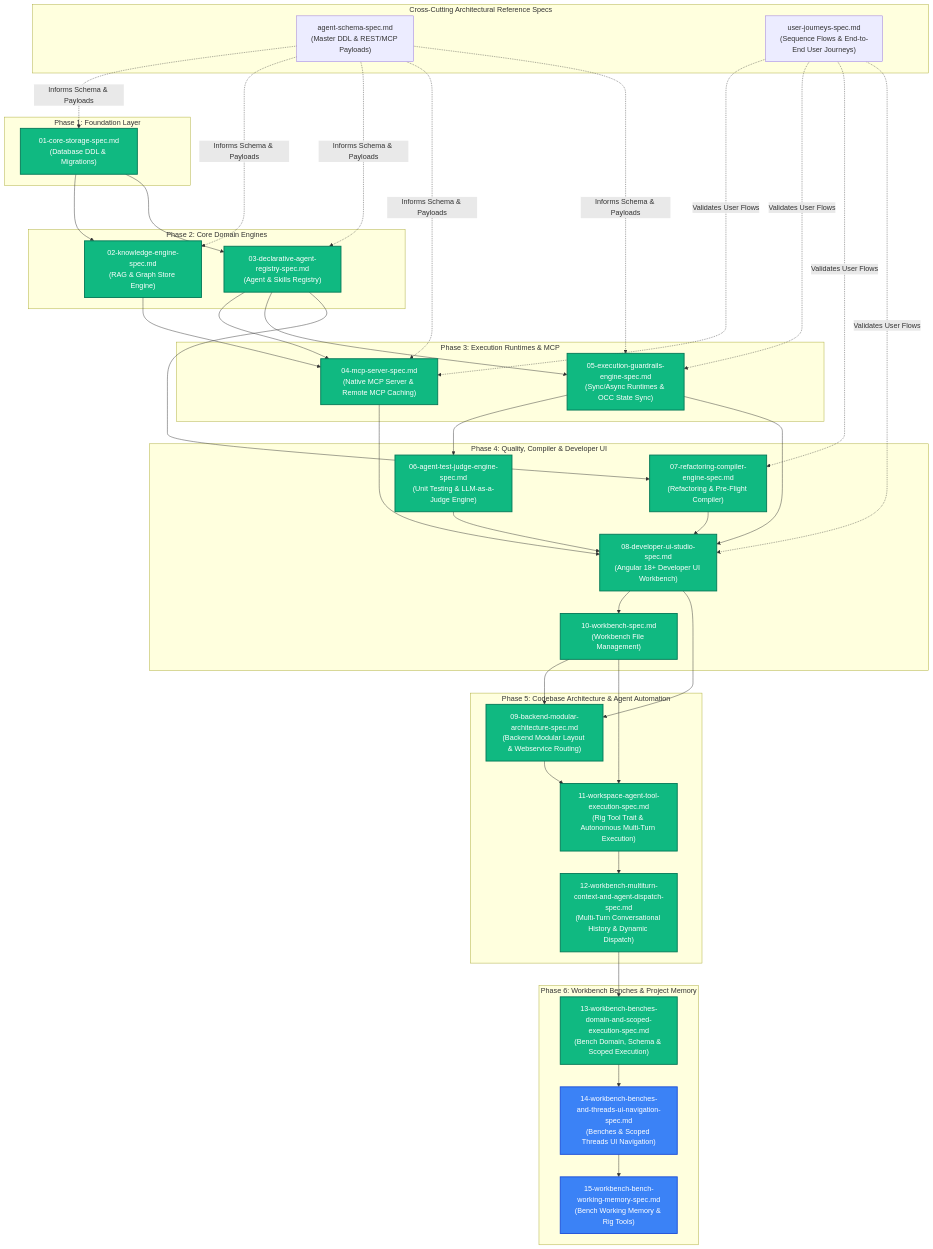
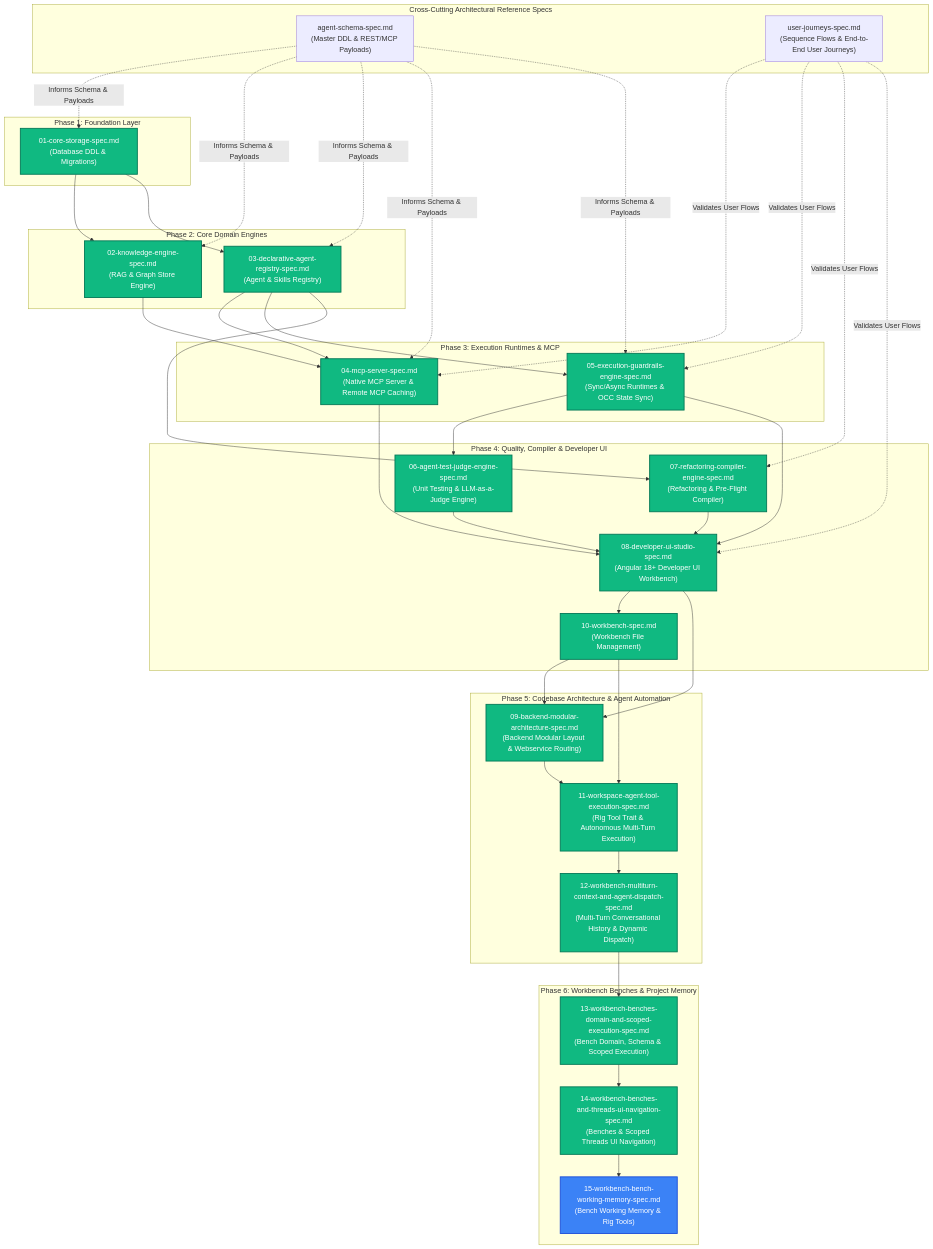
The diagram in spec/specs/README.md (PolecatWorks/agent-as-data), drawn with Mermaid before and after one commit. The commit also changed other lines of this file and 5 other files, not shown here.

Commit message:
feat(spec-14): implement benches and scoped threads UI navigation, inline actions, and breadcrumbs

````diff
--- a/spec/specs/README.md
+++ b/spec/specs/README.md
@@ -17,82 +17,82 @@
 ```mermaid
 flowchart TD
     subgraph CrossCuttingSpecs ["Cross-Cutting Architectural Reference Specs"]
         SchemaSpec["agent-schema-spec.md<br/>(Master DDL & REST/MCP Payloads)"]
         JourneysSpec["user-journeys-spec.md<br/>(Sequence Flows & End-to-End User Journeys)"]
     end
 
     subgraph Phase1 ["Phase 1: Foundation Layer"]
         Spec01["01-core-storage-spec.md<br/>(Database DDL & Migrations)"]:::complete
     end
 
     subgraph Phase2 ["Phase 2: Core Domain Engines"]
         Spec02["02-knowledge-engine-spec.md<br/>(RAG & Graph Store Engine)"]:::complete
         Spec03["03-declarative-agent-registry-spec.md<br/>(Agent & Skills Registry)"]:::complete
     end
 
 
 
     subgraph Phase3 ["Phase 3: Execution Runtimes & MCP"]
         Spec04["04-mcp-server-spec.md<br/>(Native MCP Server & Remote MCP Caching)"]:::complete
         Spec05["05-execution-guardrails-engine-spec.md<br/>(Sync/Async Runtimes & OCC State Sync)"]:::complete
     end
 
 
 
     subgraph Phase4 ["Phase 4: Quality, Compiler & Developer UI"]
         Spec06["06-agent-test-judge-engine-spec.md<br/>(Unit Testing & LLM-as-a-Judge Engine)"]:::complete
         Spec07["07-refactoring-compiler-engine-spec.md<br/>(Refactoring & Pre-Flight Compiler)"]:::complete
         Spec08["08-developer-ui-studio-spec.md<br/>(Angular 18+ Developer UI Workbench)"]:::complete
         Spec10["10-workbench-spec.md<br/>(Workbench File Management)"]:::complete
     end
 
     subgraph Phase5 ["Phase 5: Codebase Architecture & Agent Automation"]
         Spec09["09-backend-modular-architecture-spec.md<br/>(Backend Modular Layout & Webservice Routing)"]:::complete
         Spec11["11-workspace-agent-tool-execution-spec.md<br/>(Rig Tool Trait & Autonomous Multi-Turn Execution)"]:::complete
         Spec12["12-workbench-multiturn-context-and-agent-dispatch-spec.md<br/>(Multi-Turn Conversational History & Dynamic Dispatch)"]:::complete
     end
 
     subgraph Phase6 ["Phase 6: Workbench Benches & Project Memory"]
         Spec13["13-workbench-benches-domain-and-scoped-execution-spec.md<br/>(Bench Domain, Schema & Scoped Execution)"]:::complete
-        Spec14["14-workbench-benches-and-threads-ui-navigation-spec.md<br/>(Benches & Scoped Threads UI Navigation)"]:::draft
+        Spec14["14-workbench-benches-and-threads-ui-navigation-spec.md<br/>(Benches & Scoped Threads UI Navigation)"]:::complete
         Spec15["15-workbench-bench-working-memory-spec.md<br/>(Bench Working Memory & Rig Tools)"]:::draft
     end
 
     classDef complete fill:#10B981,stroke:#047857,stroke-width:2px,color:#ffffff;
     classDef draft fill:#3B82F6,stroke:#1D4ED8,stroke-width:2px,color:#ffffff;
 
     SchemaSpec -.->|Informs Schema & Payloads| Spec01
     SchemaSpec -.->|Informs Schema & Payloads| Spec02
     SchemaSpec -.->|Informs Schema & Payloads| Spec03
     SchemaSpec -.->|Informs Schema & Payloads| Spec04
     SchemaSpec -.->|Informs Schema & Payloads| Spec05
 
     JourneysSpec -.->|Validates User Flows| Spec04
     JourneysSpec -.->|Validates User Flows| Spec05
     JourneysSpec -.->|Validates User Flows| Spec07
     JourneysSpec -.->|Validates User Flows| Spec08
 
     Spec01 --> Spec02
     Spec01 --> Spec03
 
     Spec02 --> Spec04
     Spec03 --> Spec04
     Spec03 --> Spec05
 
     Spec05 --> Spec06
     Spec03 --> Spec07
     
     Spec04 --> Spec08
     Spec05 --> Spec08
     Spec06 --> Spec08
     Spec07 --> Spec08
     Spec08 --> Spec10
     Spec08 --> Spec09
     Spec10 --> Spec09
     Spec09 --> Spec11
     Spec10 --> Spec11
     Spec11 --> Spec12
     Spec12 --> Spec13
     Spec13 --> Spec14
     Spec14 --> Spec15
 ```
````
